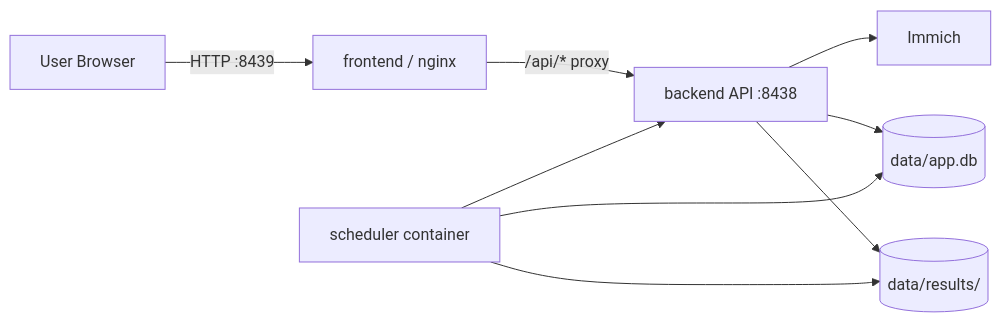
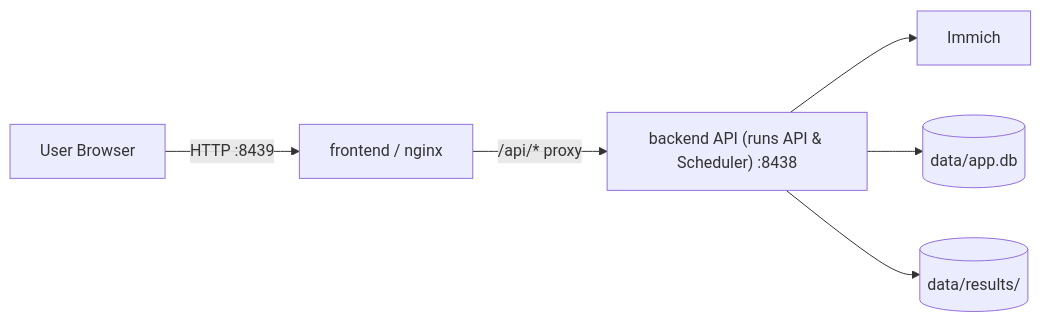
Before and after one commit to ferges123/dailyFX: the diagram in docs/self-hosting.md, drawn with Mermaid. The commit also changed other lines of this file and 104 other files, not shown here.

````diff
--- a/docs/self-hosting.md
+++ b/docs/self-hosting.md
@@ -17,11 +17,8 @@
 ```mermaid
 flowchart LR
   U[User Browser] -->|HTTP :8439| W[frontend / nginx]
-  W -->|/api/* proxy| A[backend API :8438]
+  W -->|/api/* proxy| A["backend API (runs API & Scheduler) :8438"]
   A --> I[Immich]
   A --> D[(data/app.db)]
   A --> R[(data/results/)]
-  S[scheduler container] --> A
-  S --> D
-  S --> R
 ```
````
